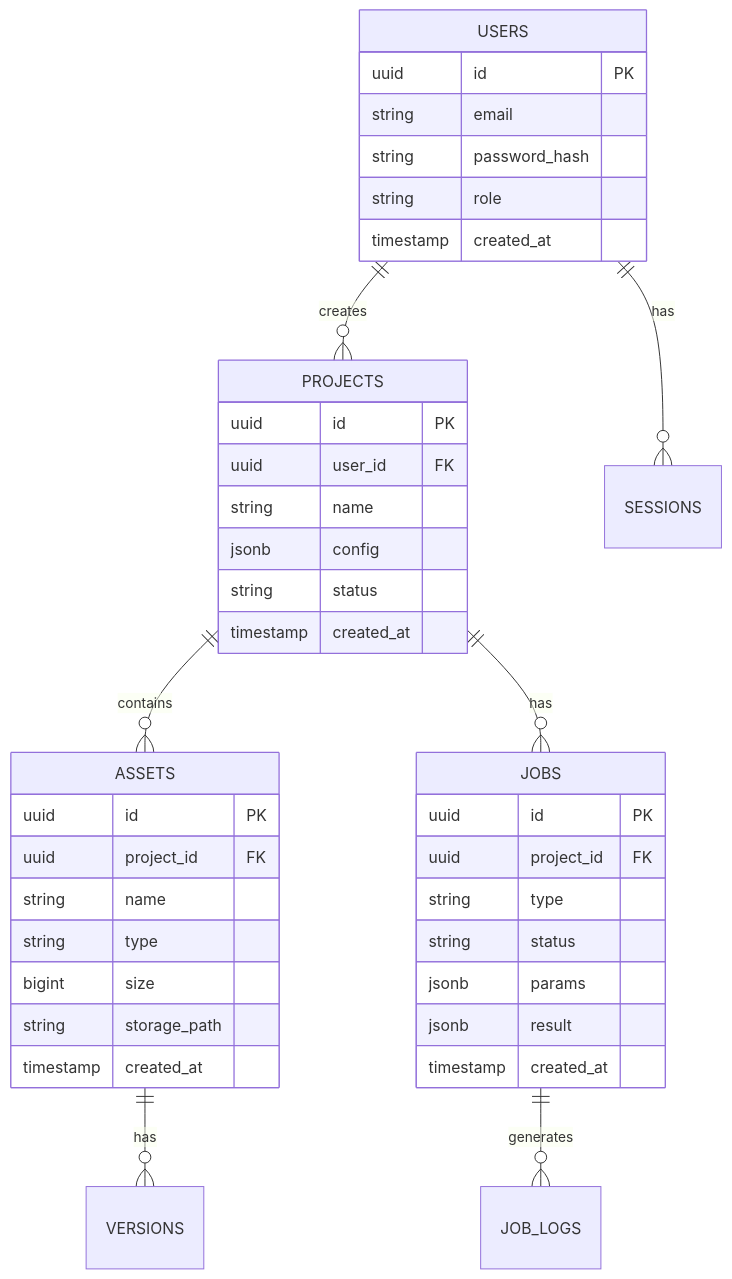
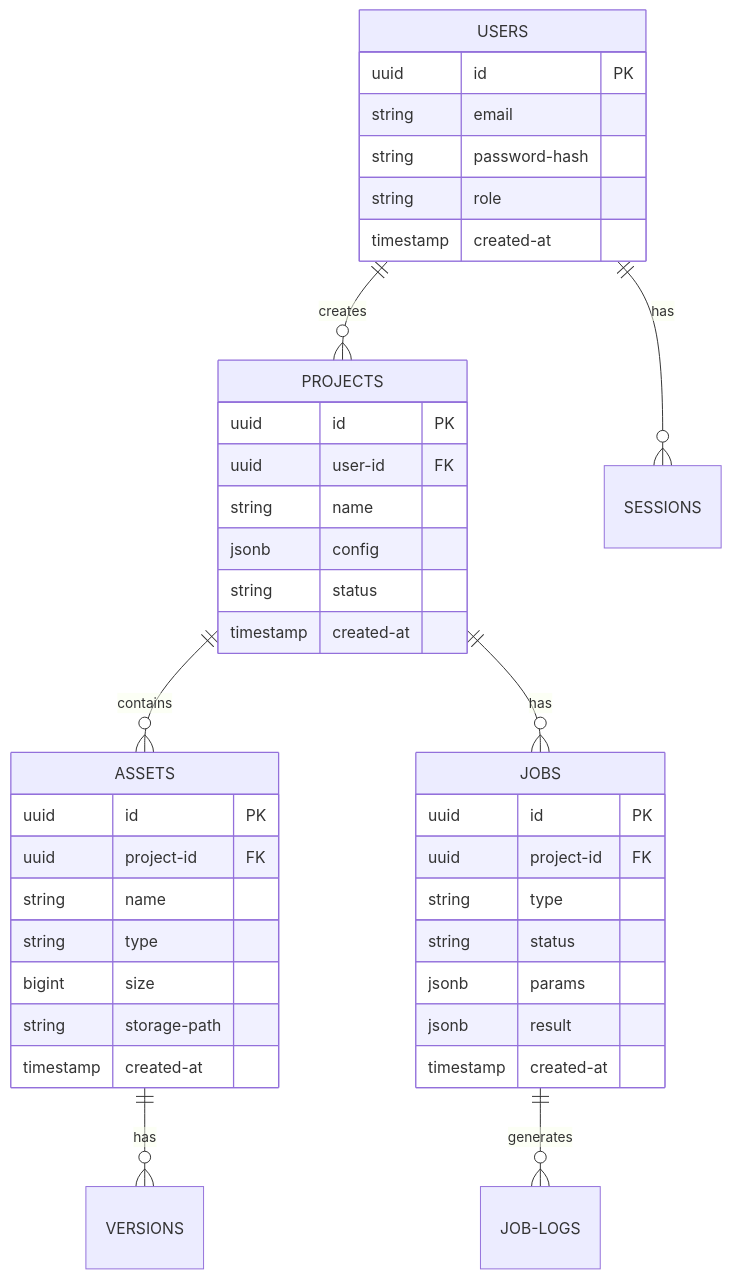
One commit to DreamLab-AI/VisionFlow changed the fifth of 14 diagrams in docs/guides/developer/03-architecture.md. Above: the diagram before and after it, drawn with Mermaid. The commit also changed other lines of this file and 184 other files, not shown here.

````diff
--- a/docs/guides/developer/03-architecture.md
+++ b/docs/guides/developer/03-architecture.md
@@ -240,46 +240,46 @@
 ```mermaid
 erDiagram
     USERS ||--o{ PROJECTS : creates
     USERS ||--o{ SESSIONS : has
     PROJECTS ||--o{ ASSETS : contains
     PROJECTS ||--o{ JOBS : has
     ASSETS ||--o{ VERSIONS : has
-    JOBS ||--o{ JOB_LOGS : generates
+    JOBS ||--o{ JOB-LOGS : generates
 
     USERS {
         uuid id PK
         string email
-        string password_hash
+        string password-hash
         string role
-        timestamp created_at
+        timestamp created-at
     }
 
     PROJECTS {
         uuid id PK
-        uuid user_id FK
+        uuid user-id FK
         string name
         jsonb config
         string status
-        timestamp created_at
+        timestamp created-at
     }
 
     ASSETS {
         uuid id PK
-        uuid project_id FK
+        uuid project-id FK
         string name
         string type
         bigint size
-        string storage_path
-        timestamp created_at
+        string storage-path
+        timestamp created-at
     }
 
     JOBS {
         uuid id PK
-        uuid project_id FK
+        uuid project-id FK
         string type
         string status
         jsonb params
         jsonb result
-        timestamp created_at
+        timestamp created-at
     }
 ```
````
